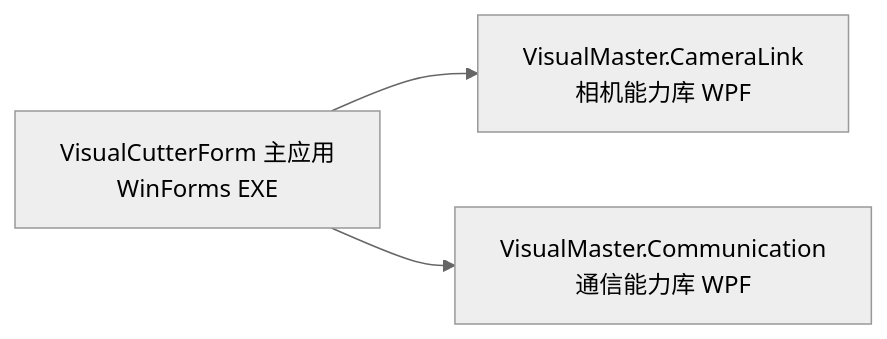
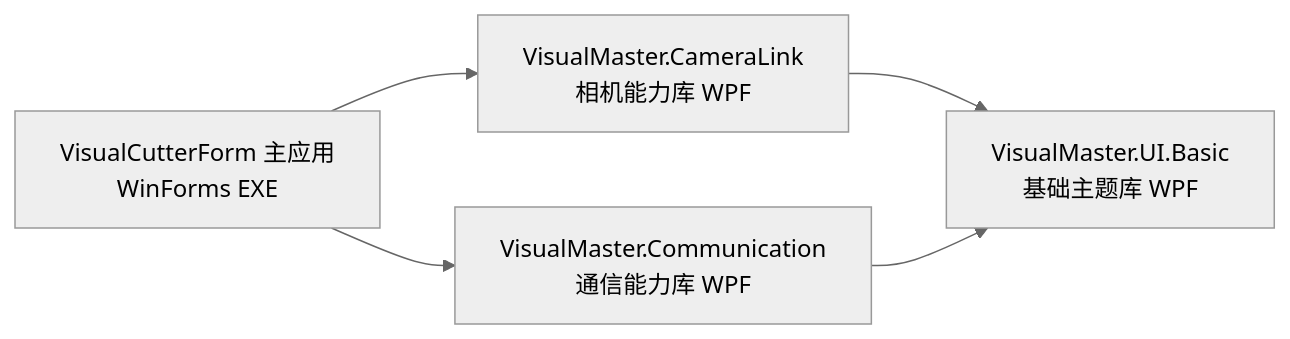
Before and after one commit to AyalaKaguya/VisualCutterForm: the first of 3 diagrams in README.md, drawn with Mermaid (neutral theme). The commit also changed other lines of this file and 16 other files, not shown here.

````diff
--- a/README.md
+++ b/README.md
@@ -15,5 +15,7 @@
 ```mermaid
 graph LR
     A[VisualCutterForm 主应用<br/>WinForms EXE] --> B[VisualMaster.CameraLink<br/>相机能力库 WPF]
     A --> C[VisualMaster.Communication<br/>通信能力库 WPF]
+    B --> D[VisualMaster.UI.Basic<br/>基础主题库 WPF]
+    C --> D
 ```
````
